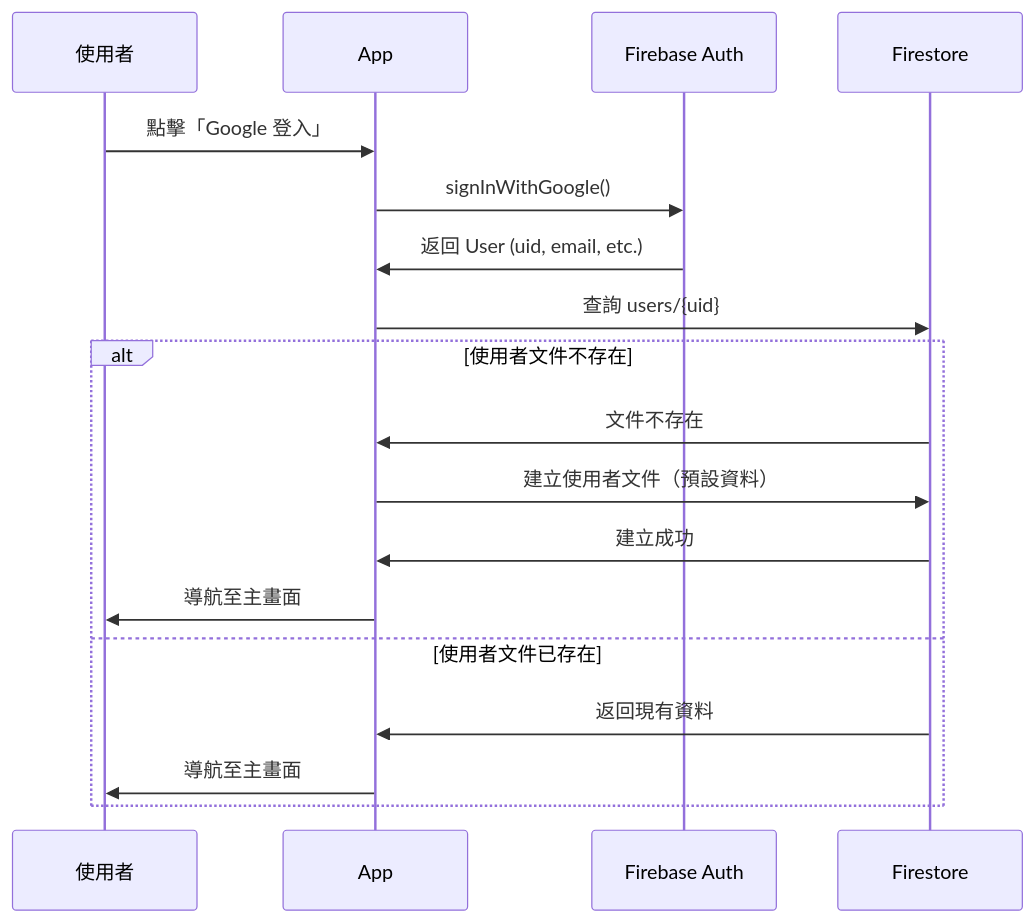
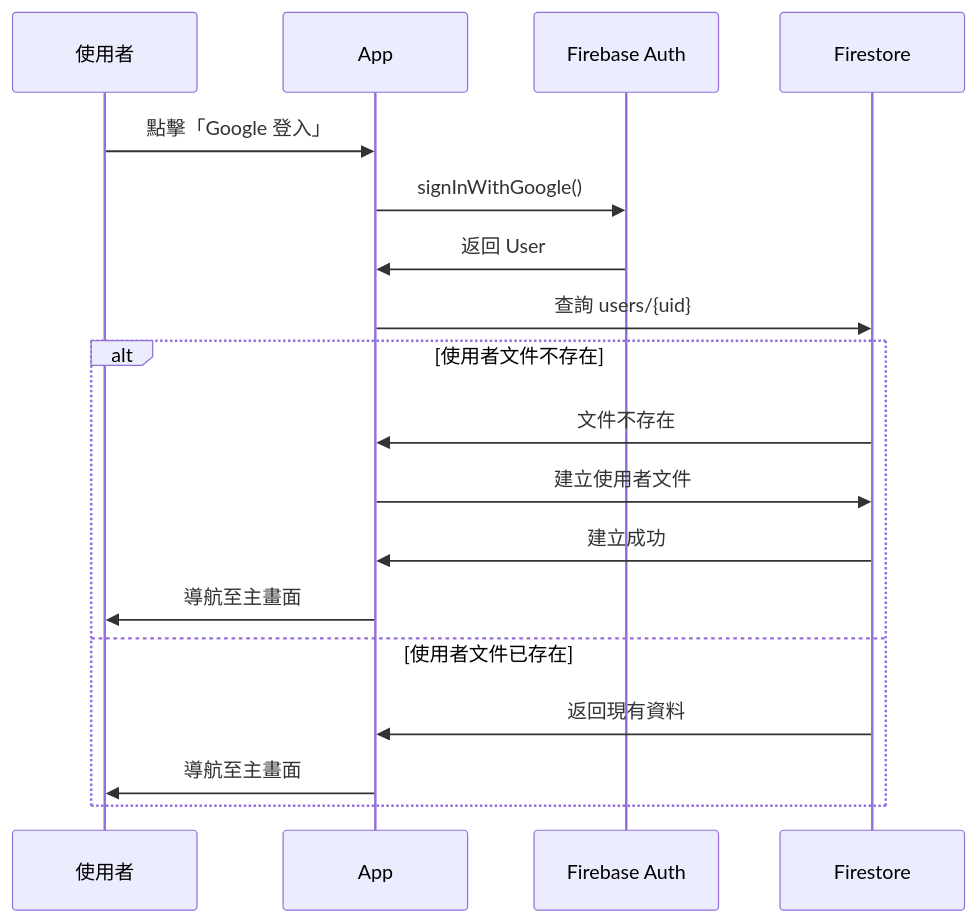
Before and after one commit to almightyken0425/SuSuGiGiSpec: the diagram in no3_module_specs/no1_user_management/no2_first_login_flow.md, drawn with Mermaid. The commit also changed other lines of this file and 6 other files, not shown here.

````diff
--- a/no3_module_specs/no1_user_management/no2_first_login_flow.md
+++ b/no3_module_specs/no1_user_management/no2_first_login_flow.md
@@ -11,22 +5,22 @@
 ```mermaid
 sequenceDiagram
     participant U as 使用者
     participant App as App
     participant Auth as Firebase Auth
     participant DB as Firestore
 
     U->>App: 點擊「Google 登入」
     App->>Auth: signInWithGoogle()
-    Auth->>App: 返回 User (uid, email, etc.)
+    Auth->>App: 返回 User
     App->>DB: 查詢 users/{uid}
     
     alt 使用者文件不存在
         DB->>App: 文件不存在
-        App->>DB: 建立使用者文件（預設資料）
+        App->>DB: 建立使用者文件
         DB->>App: 建立成功
         App->>U: 導航至主畫面
     else 使用者文件已存在
         DB->>App: 返回現有資料
         App->>U: 導航至主畫面
     end
 ```
````
